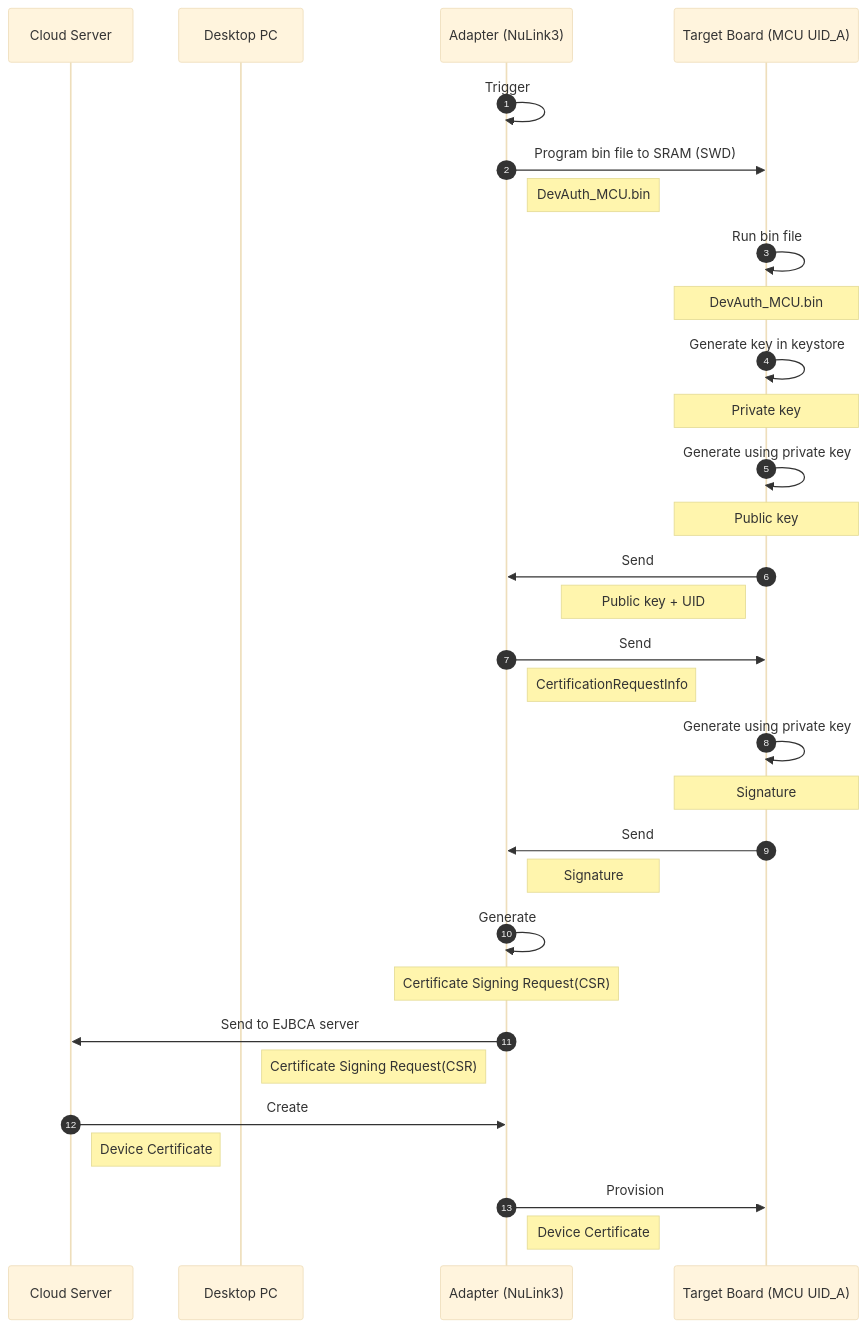
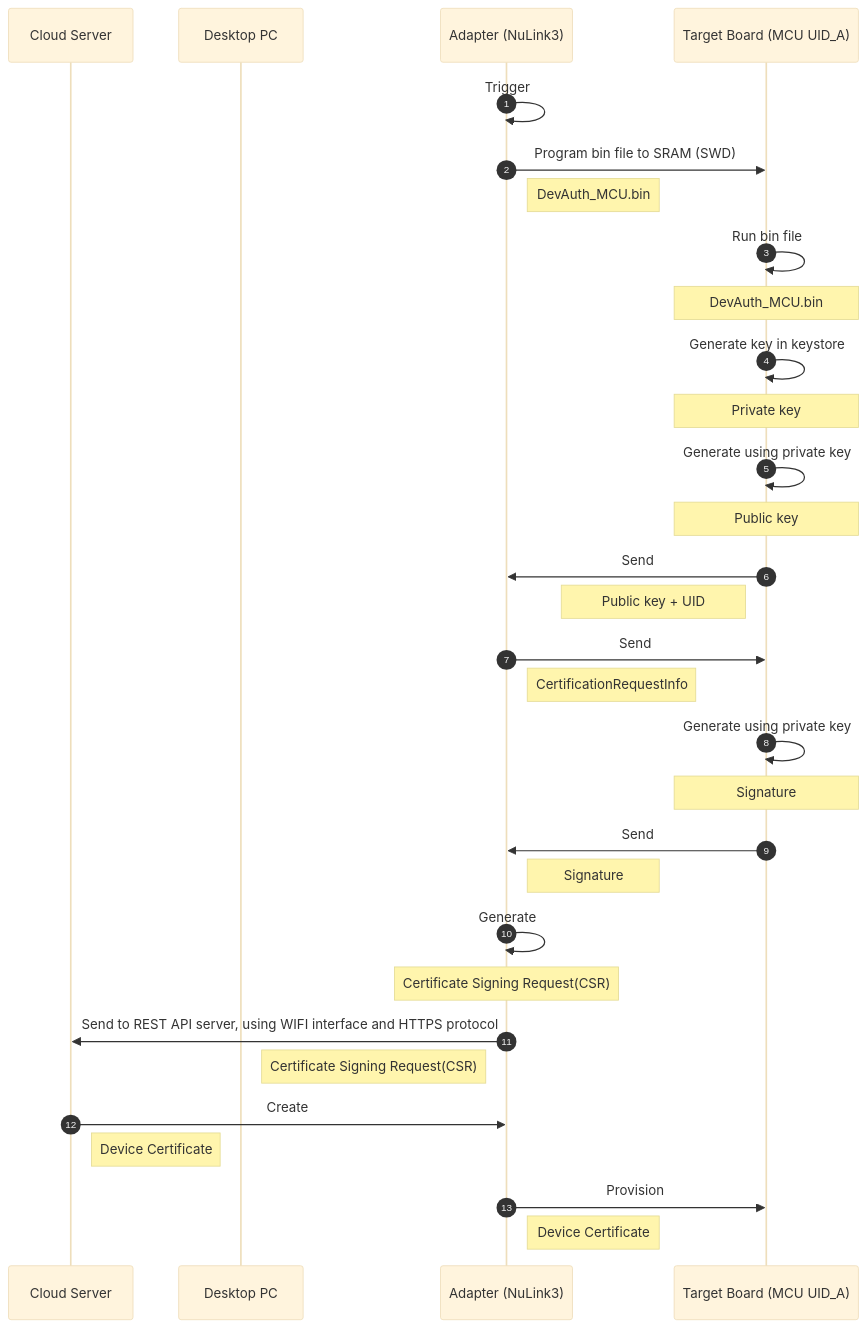
One commit to ccma1120/NuSEC_System changed the diagram in device_authentication_provision.md. Above: the diagram before and after it, drawn with Mermaid (base theme).

````diff
--- a/device_authentication_provision.md
+++ b/device_authentication_provision.md
@@ -1,33 +1,33 @@
 ```mermaid
 sequenceDiagram
     autonumber
     participant c as Cloud Server
     participant d as Desktop PC
     participant a as Adapter (NuLink3)
     participant t as Target Board (MCU UID_A)
     a ->> a : Trigger
     a ->> t : Program bin file to SRAM (SWD)
     Note right of a: DevAuth_MCU.bin
     t ->> t : Run bin file
     Note over t: DevAuth_MCU.bin
     t ->> t : Generate key in keystore
     Note over t: Private key
     t ->> t : Generate using private key
     Note over t: Public key
     t ->> a : Send
     Note left of t: Public key + UID
     a ->> t : Send
     Note right of a: CertificationRequestInfo
     t ->> t : Generate using private key
     Note over t: Signature
     t ->> a : Send
     Note right of a: Signature
     a ->> a : Generate
     Note over a: Certificate Signing Request(CSR)
-    a ->> c : Send to EJBCA server
+    a ->> c : Send to REST API server, using WIFI interface and HTTPS protocol
     Note left of a : Certificate Signing Request(CSR)
     c ->> a : Create
     Note right of c: Device Certificate
     a ->> t : Provision
     Note right of a: Device Certificate
 ```
````
